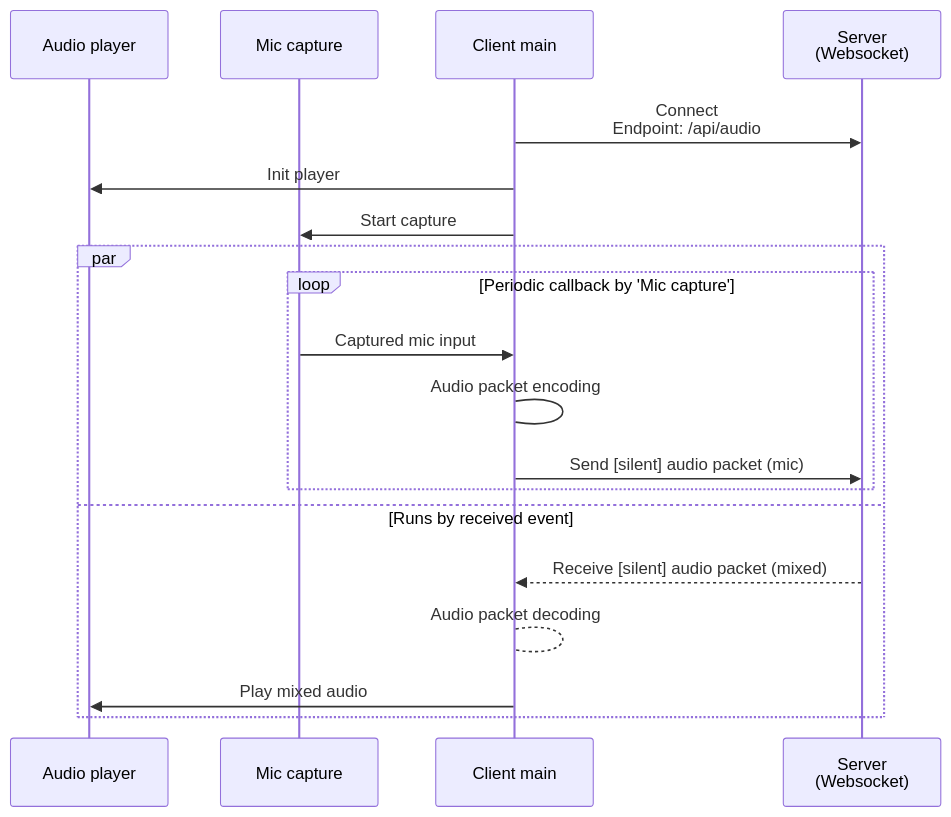
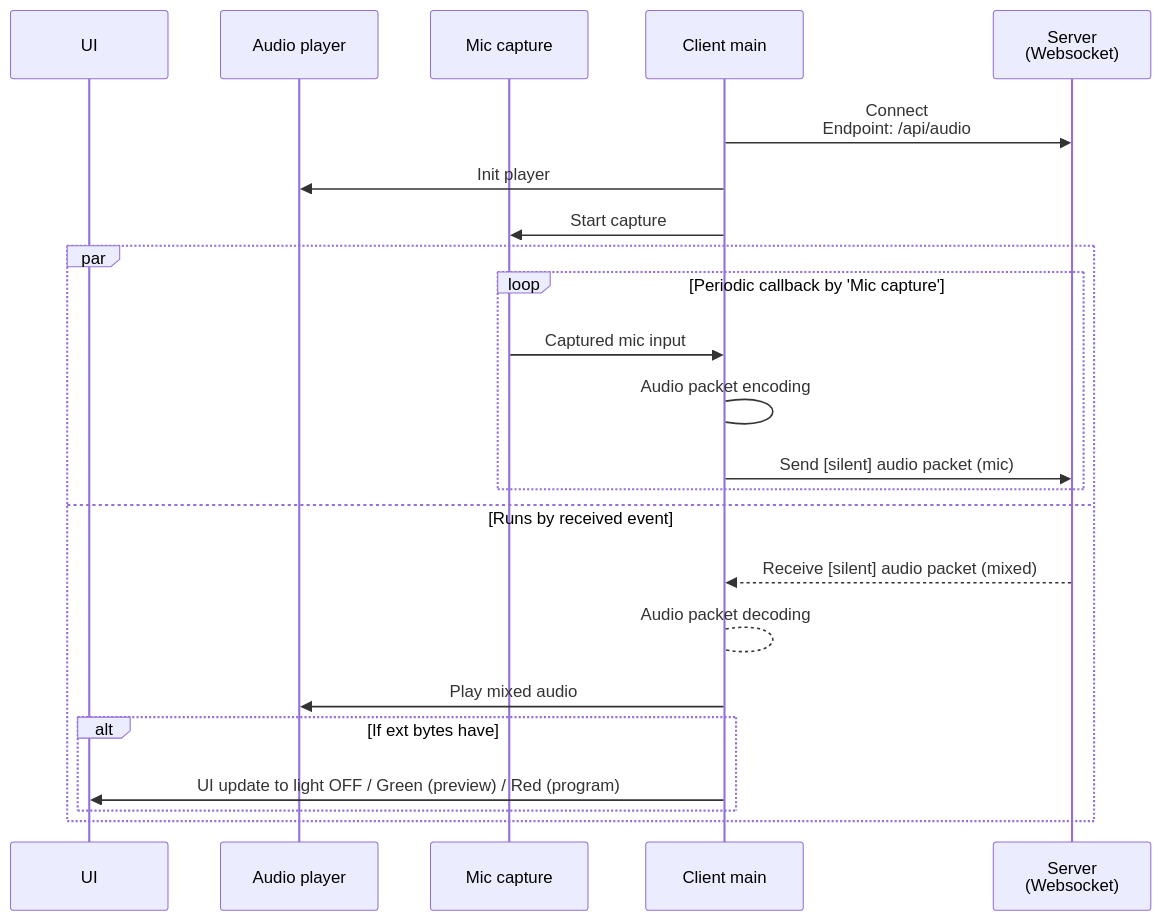
One commit to aKuad/web-intercom changed the diagram in designs/audio-client-sequence.md. Above: the diagram before and after it, drawn with Mermaid. The commit also changed 1 other file, not shown here.

Commit message:
Add: Sequense diagram for ATEM tally system data on audio packet ext bytes

````diff
--- a/designs/audio-client-sequence.md
+++ b/designs/audio-client-sequence.md
@@ -3,23 +3,27 @@
 ```mermaid
 sequenceDiagram
+  participant UI
   participant AP as Audio player
   participant MC as Mic capture
   participant CM as Client main
   participant WSS as Server<br>(Websocket)
 
   CM->>WSS: Connect<br>Endpoint: /api/audio
   CM->>AP: Init player
   CM->>MC: Start capture
 
   par
     loop Periodic callback by 'Mic capture'
       MC->>CM: Captured mic input
       CM->CM: Audio packet encoding
       CM->>WSS: Send [silent] audio packet (mic)
     end
   and Runs by received event
     WSS-->>CM: Receive [silent] audio packet (mixed)
     CM-->CM: Audio packet decoding
     CM->>AP: Play mixed audio
+    alt If ext bytes have
+      CM->>UI: UI update to light OFF / Green (preview) / Red (program)
+    end
   end
 ```
````
